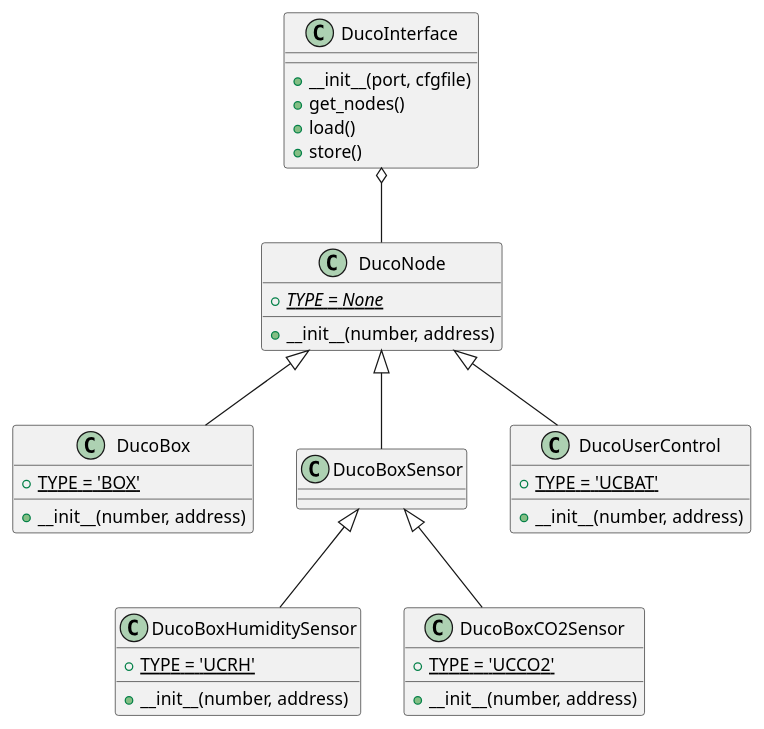
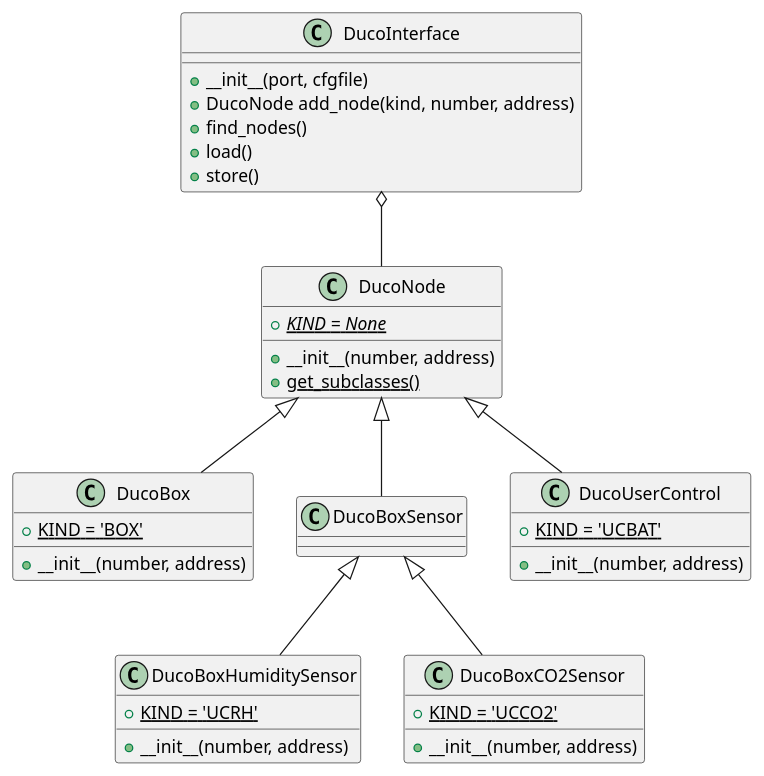
One commit to SteinHeselmans/DucoBox changed the diagram in docs/design.rst. Above: the diagram before and after it, drawn with PlantUML. The commit also changed 3 other files, not shown here.

Commit message:
Add DucoNode (or derived) instance based on type/kind of node

```diff
--- a/docs/design.rst
+++ b/docs/design.rst
@@ -13,47 +13,49 @@
 .. uml::
 
     @startuml
 
     DucoInterface o-- DucoNode
     DucoNode <|-- DucoBox
     DucoNode <|-- DucoBoxSensor
     DucoBoxSensor <|-- DucoBoxHumiditySensor
     DucoBoxSensor <|-- DucoBoxCO2Sensor
     DucoNode <|-- DucoUserControl
 
     class DucoInterface {
         +__init__(port, cfgfile)
-        +get_nodes()
+        +DucoNode add_node(kind, number, address)
+        +find_nodes()
         +load()
         +store()
     }
 
     class DucoNode {
-        +{abstract}{static} TYPE = None
+        +{abstract}{static} KIND = None
         +__init__(number, address)
+        +{static}get_subclasses()
     }
 
     class DucoBox {
-        +{static} TYPE = 'BOX'
+        +{static} KIND = 'BOX'
         +__init__(number, address)
     }
 
     class DucoBoxSensor {
     }
 
     class DucoBoxHumiditySensor {
-        +{static} TYPE = 'UCRH'
+        +{static} KIND = 'UCRH'
         +__init__(number, address)
     }
 
     class DucoBoxCO2Sensor {
-        +{static} TYPE = 'UCCO2'
+        +{static} KIND = 'UCCO2'
         +__init__(number, address)
     }
 
     class DucoUserControl {
-        +{static} TYPE = 'UCBAT'
+        +{static} KIND = 'UCBAT'
         +__init__(number, address)
     }
 
     @enduml
```
